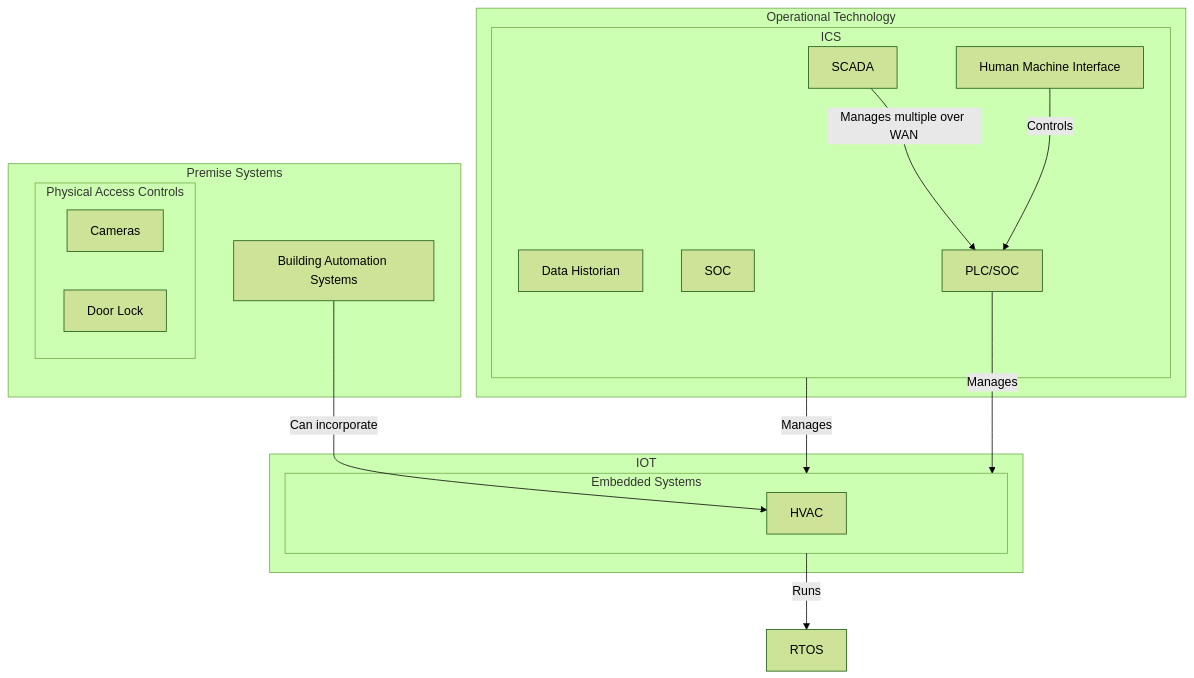
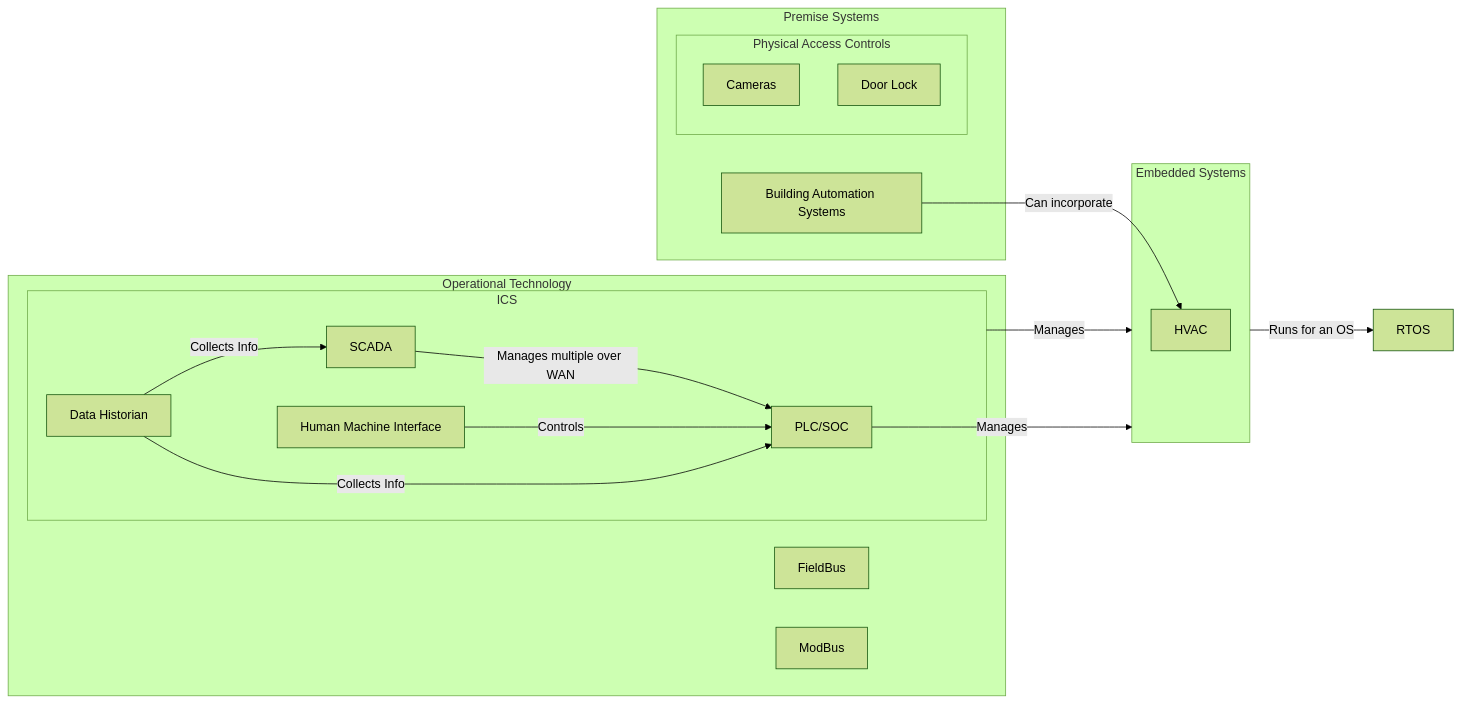
Before and after one commit to sawft99/Obsidian-SecPlus: the first of 3 diagrams in Sec+/Resources/Misc.md, drawn with Mermaid (forest theme). The commit also changed other lines of this file and 9 other files, not shown here.

````diff
--- a/Sec+/Resources/Misc.md
+++ b/Sec+/Resources/Misc.md
@@ -20,31 +20,32 @@
 ```mermaid
-flowchart TB
+flowchart LR
   
-subgraph IOT
-    subgraph ES[Embedded Systems]
-        HVAC
-    end
+subgraph ES[Embedded Systems]
+	HVAC
 end
 subgraph PS[Premise Systems]
-    subgraph PACS[Physical Access Controls]
-        Cameras
-        DoLok[Door Lock]
-    end
-    BAS[Building Automation Systems]
+	subgraph PACS[Physical Access Controls]
+		Cameras
+		DoLok[Door Lock]
+	end
+	BAS[Building Automation Systems]
 end
 subgraph OpTec[Operational Technology]
+	FB[FieldBus]
+	MoBu[ModBus]
 	subgraph ICS
-	    SCADA
-	    HMI[Human Machine Interface]
-	    DaHi[Data Historian]
-	    SOC
-	    PLC[PLC/SOC]
+		SCADA
+		HMI[Human Machine Interface]
+		DaHi[Data Historian]
+		PLC[PLC/SOC]
 	end
 end
 ICS -- Manages --> ES
 SCADA -- Manages multiple over WAN --> PLC
 BAS -- Can incorporate --> HVAC
 PLC -- Manages --> ES
-ES -- Runs --> RTOS
+ES -- Runs for an OS --> RTOS
 HMI -- Controls --> PLC
+DaHi -- Collects Info --> SCADA
+DaHi -- Collects Info --> PLC
 ```
````
